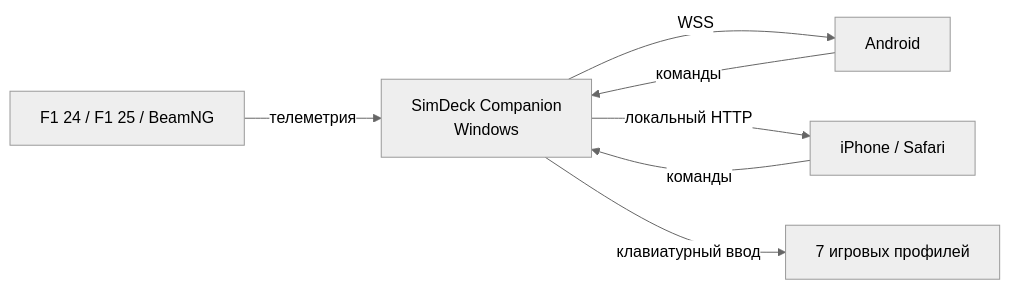
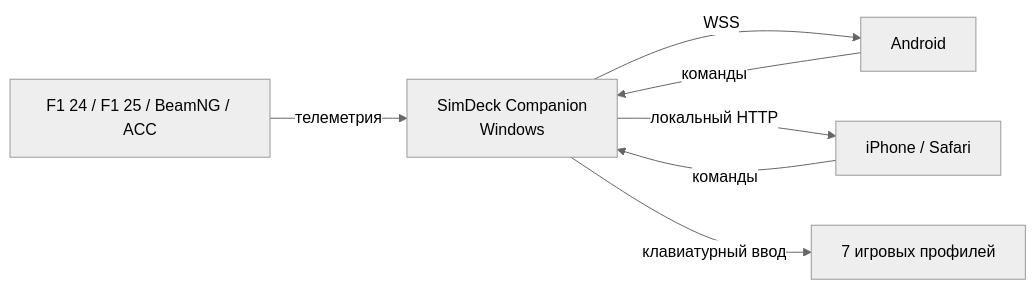
Before and after one commit to timurgass/SimDeck: the diagram in README.md, drawn with Mermaid (neutral theme). The commit also changed other lines of this file and 29 other files, not shown here.

Commit message:
Add ACC shared memory telemetry

````diff
--- a/README.md
+++ b/README.md
@@ -167,9 +179,9 @@
 ```mermaid
 flowchart LR
-    TelemetryGames["F1 24 / F1 25 / BeamNG"] -->|"телеметрия"| PC["SimDeck Companion<br/>Windows"]
+    TelemetryGames["F1 24 / F1 25 / BeamNG / ACC"] -->|"телеметрия"| PC["SimDeck Companion<br/>Windows"]
     PC -->|"WSS"| Android["Android"]
     PC -->|"локальный HTTP"| Safari["iPhone / Safari"]
     Android -->|"команды"| PC
     Safari -->|"команды"| PC
     PC -->|"клавиатурный ввод"| Games["7 игровых профилей"]
 ```
````
